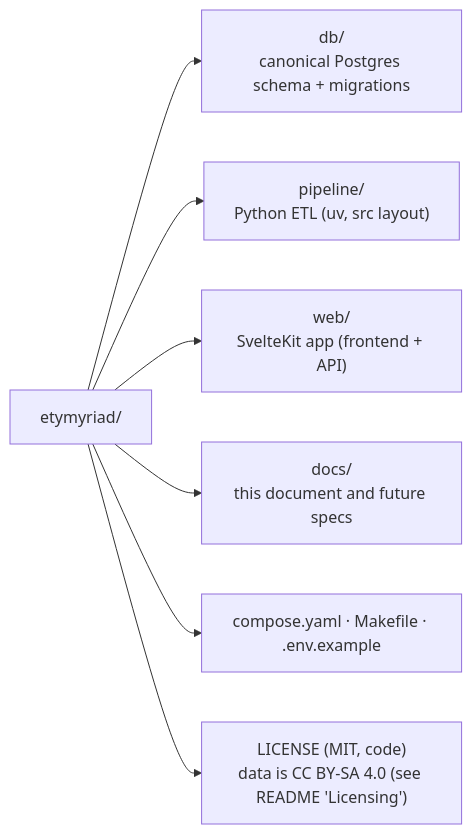
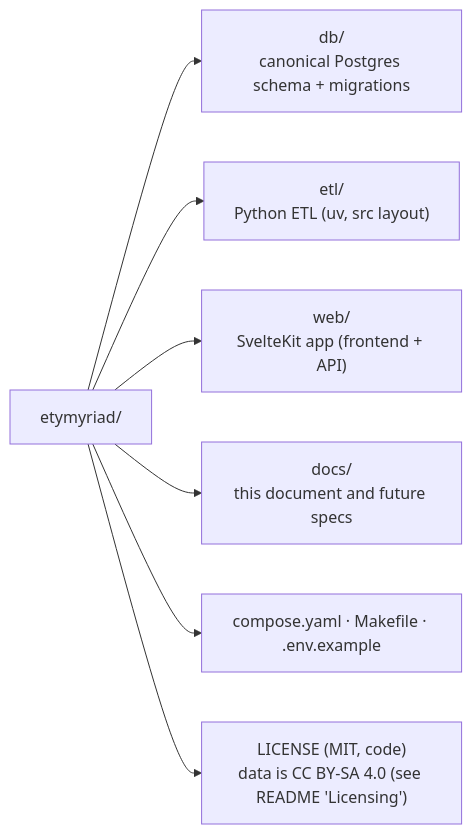
Before and after one commit to van-riper/etymyriad: the second of 2 diagrams in docs/DESIGN.md, drawn with Mermaid. The commit also changed other lines of this file and 21 other files, not shown here.

First line of the commit message:
chore: rename pipeline/ to etl/

````diff
--- a/docs/DESIGN.md
+++ b/docs/DESIGN.md
@@ -108,10 +108,10 @@
 ```mermaid
 flowchart LR
     root["etymyriad/"]
     root --> db["db/<br/>canonical Postgres schema + migrations"]
-    root --> pipeline["pipeline/<br/>Python ETL (uv, src layout)"]
+    root --> etl["etl/<br/>Python ETL (uv, src layout)"]
     root --> web["web/<br/>SvelteKit app (frontend + API)"]
     root --> docs["docs/<br/>this document and future specs"]
     root --> meta["compose.yaml · Makefile · .env.example"]
     root --> license["LICENSE (MIT, code)<br/>data is CC BY-SA 4.0 (see README 'Licensing')"]
 ```
````
